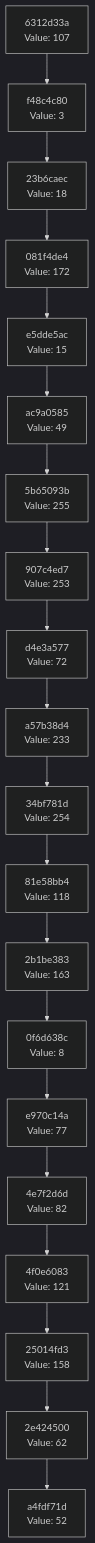
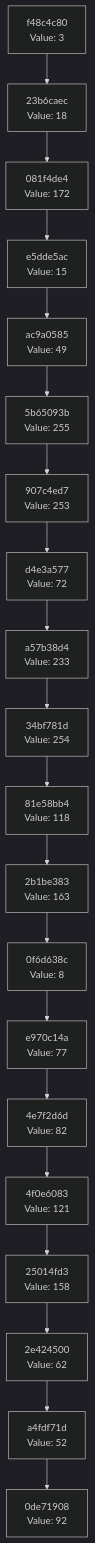
Before and after one commit to Abhisheksinha1506/hash-chain-evolver: the diagram in docs/CHAIN_VISUALIZATION.md, drawn with Mermaid (dark theme). The commit also changed 2 other files, not shown here.

Commit message:
Evolution step: hash 0x5C → action executed

````diff
--- a/docs/CHAIN_VISUALIZATION.md
+++ b/docs/CHAIN_VISUALIZATION.md
@@ -3,42 +3,42 @@
 ```mermaid
 graph TD
-    C0["a4fdf71d<br/>Value: 52"]
-    C1["2e424500<br/>Value: 62"]
+    C0["0de71908<br/>Value: 92"]
+    C1["a4fdf71d<br/>Value: 52"]
     C1 --> C0
-    C2["25014fd3<br/>Value: 158"]
+    C2["2e424500<br/>Value: 62"]
     C2 --> C1
-    C3["4f0e6083<br/>Value: 121"]
+    C3["25014fd3<br/>Value: 158"]
     C3 --> C2
-    C4["4e7f2d6d<br/>Value: 82"]
+    C4["4f0e6083<br/>Value: 121"]
     C4 --> C3
-    C5["e970c14a<br/>Value: 77"]
+    C5["4e7f2d6d<br/>Value: 82"]
     C5 --> C4
-    C6["0f6d638c<br/>Value: 8"]
+    C6["e970c14a<br/>Value: 77"]
     C6 --> C5
-    C7["2b1be383<br/>Value: 163"]
+    C7["0f6d638c<br/>Value: 8"]
     C7 --> C6
-    C8["81e58bb4<br/>Value: 118"]
+    C8["2b1be383<br/>Value: 163"]
     C8 --> C7
-    C9["34bf781d<br/>Value: 254"]
+    C9["81e58bb4<br/>Value: 118"]
     C9 --> C8
-    C10["a57b38d4<br/>Value: 233"]
+    C10["34bf781d<br/>Value: 254"]
     C10 --> C9
-    C11["d4e3a577<br/>Value: 72"]
+    C11["a57b38d4<br/>Value: 233"]
     C11 --> C10
-    C12["907c4ed7<br/>Value: 253"]
+    C12["d4e3a577<br/>Value: 72"]
     C12 --> C11
-    C13["5b65093b<br/>Value: 255"]
+    C13["907c4ed7<br/>Value: 253"]
     C13 --> C12
-    C14["ac9a0585<br/>Value: 49"]
+    C14["5b65093b<br/>Value: 255"]
     C14 --> C13
-    C15["e5dde5ac<br/>Value: 15"]
+    C15["ac9a0585<br/>Value: 49"]
     C15 --> C14
-    C16["081f4de4<br/>Value: 172"]
+    C16["e5dde5ac<br/>Value: 15"]
     C16 --> C15
-    C17["23b6caec<br/>Value: 18"]
+    C17["081f4de4<br/>Value: 172"]
     C17 --> C16
-    C18["f48c4c80<br/>Value: 3"]
+    C18["23b6caec<br/>Value: 18"]
     C18 --> C17
-    C19["6312d33a<br/>Value: 107"]
+    C19["f48c4c80<br/>Value: 3"]
     C19 --> C18
 ```
````
